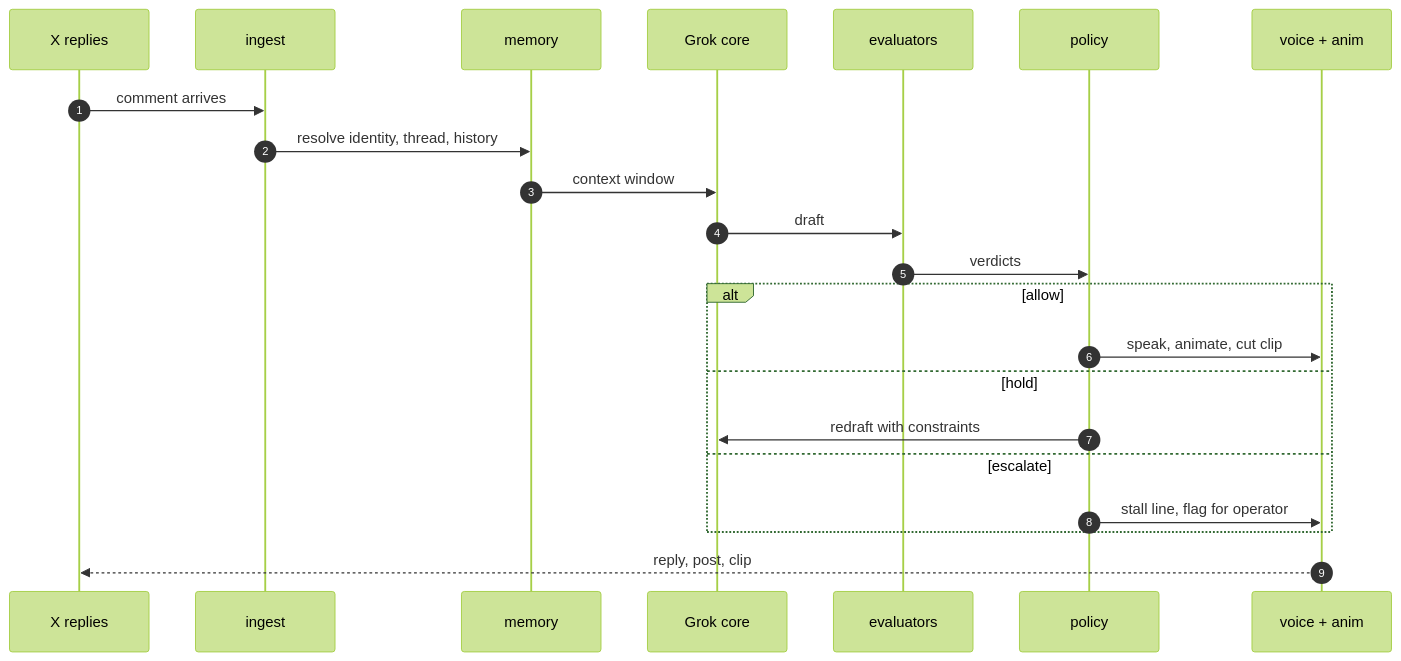
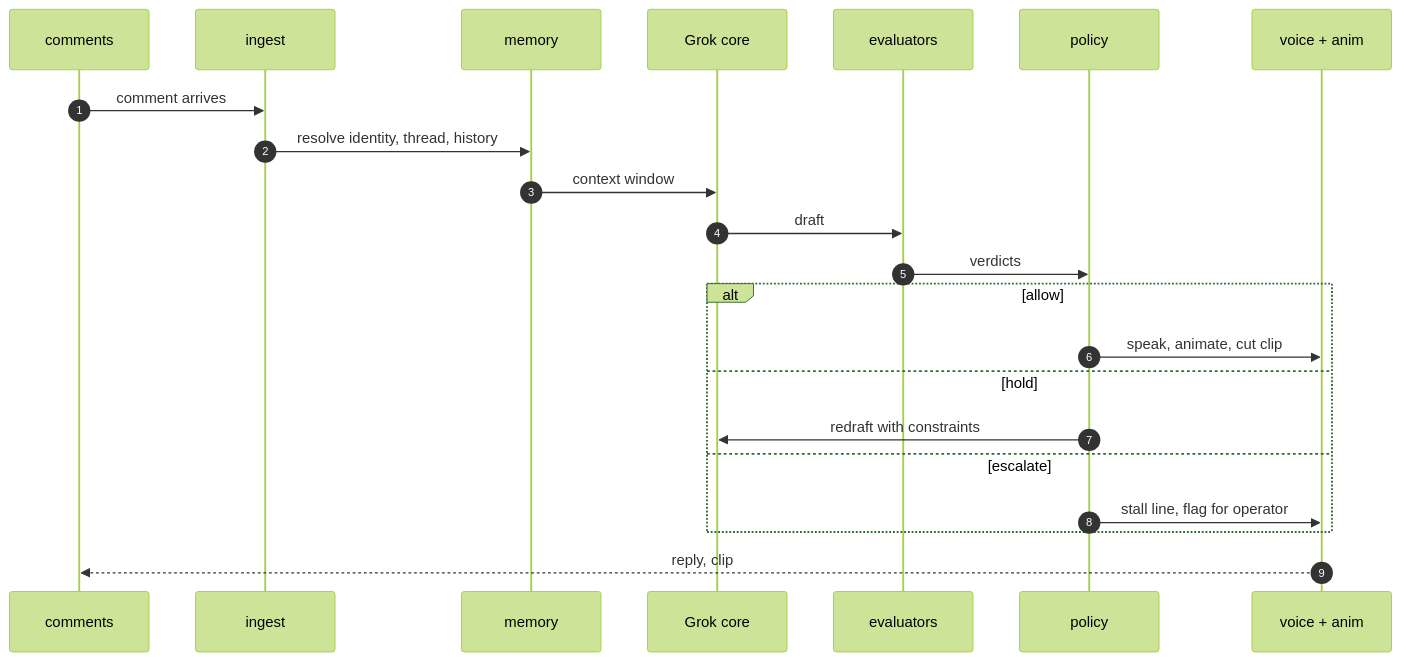
Before and after one commit to limxdynamics-online-robotics/xbot: the first of 2 diagrams in README.md, drawn with Mermaid (forest theme). The commit also changed other lines of this file, not shown here.

````diff
--- a/README.md
+++ b/README.md
@@ -76,25 +75,25 @@
 ```mermaid
 sequenceDiagram
     autonumber
-    participant X as X replies
+    participant C as comments
     participant I as ingest
     participant M as memory
     participant G as Grok core
     participant E as evaluators
     participant P as policy
     participant O as voice + anim
 
-    X->>I: comment arrives
+    C->>I: comment arrives
     I->>M: resolve identity, thread, history
     M->>G: context window
     G->>E: draft
     E->>P: verdicts
     alt allow
         P->>O: speak, animate, cut clip
     else hold
         P->>G: redraft with constraints
     else escalate
         P->>O: stall line, flag for operator
     end
-    O-->>X: reply, post, clip
+    O-->>C: reply, clip
 ```
````
